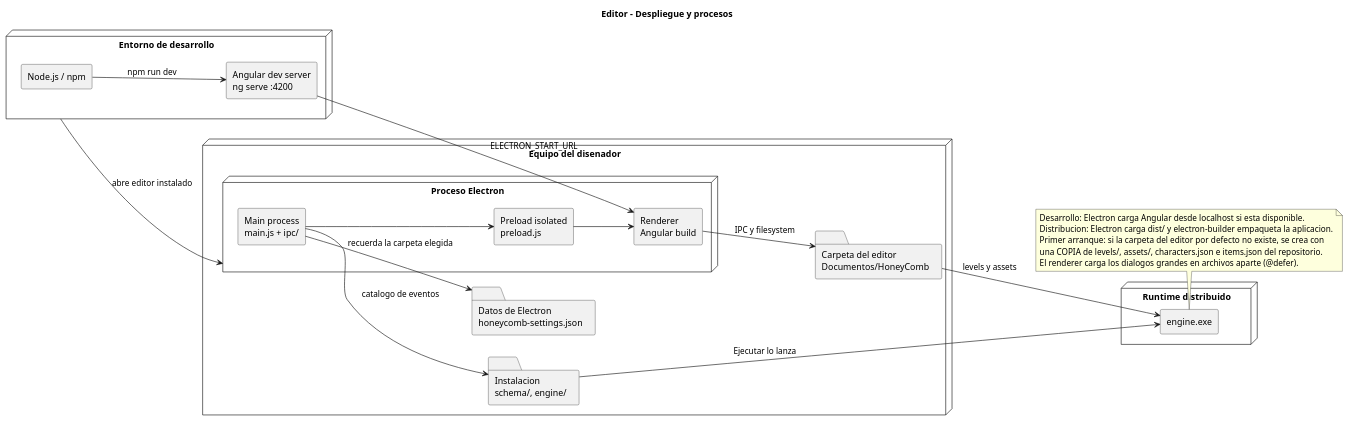
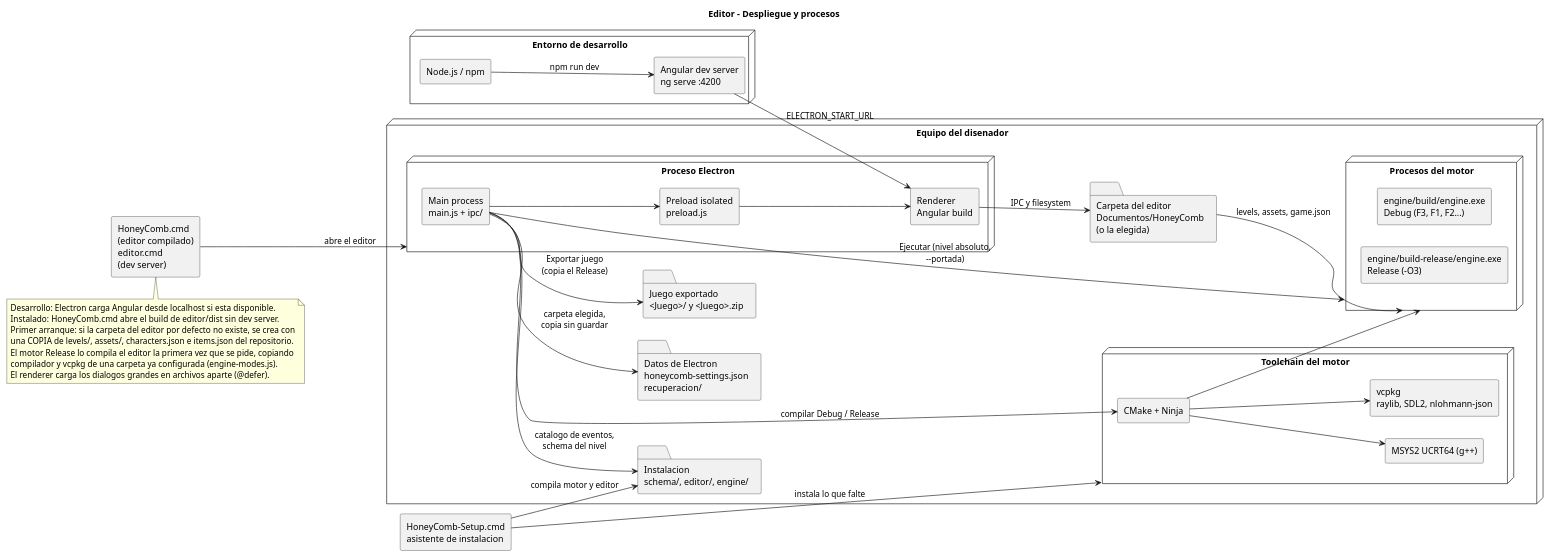
The diagram in docs/architecture/editor-deployment.puml (dannn-36/HoneyCombEngine-PlataformaNoCode-2.5D), drawn with PlantUML before and after one commit. The commit also changed 11 other files, not shown here.

First line of the commit message:
HoneyComb - Actualizar diagramas de arquitectura

```diff
--- a/docs/architecture/editor-deployment.puml
+++ b/docs/architecture/editor-deployment.puml
@@ -1,44 +1,62 @@
 @startuml editor-deployment
 title Editor - Despliegue y procesos
 left to right direction
 skinparam componentStyle rectangle
 
 node "Equipo del disenador" as workstation {
   node "Proceso Electron" as electron {
     component "Main process\nmain.js + ipc/" as main
     component "Preload isolated\npreload.js" as preload
     component "Renderer\nAngular build" as renderer
   }
-  folder "Carpeta del editor\nDocumentos/HoneyComb" as project
-  folder "Datos de Electron\nhoneycomb-settings.json" as settings
-  folder "Instalacion\nschema/, engine/" as install
+  folder "Carpeta del editor\nDocumentos/HoneyComb\n(o la elegida)" as project
+  folder "Datos de Electron\nhoneycomb-settings.json\nrecuperacion/" as settings
+  folder "Instalacion\nschema/, editor/, engine/" as install
+  node "Toolchain del motor" as toolchain {
+    component "CMake + Ninja" as cmake
+    component "MSYS2 UCRT64 (g++)" as gcc
+    component "vcpkg\nraylib, SDL2, nlohmann-json" as vcpkg
+  }
+  node "Procesos del motor" as engines {
+    component "engine/build/engine.exe\nDebug (F3, F1, F2...)" as debugExe
+    component "engine/build-release/engine.exe\nRelease (-O3)" as releaseExe
+  }
+  folder "Juego exportado\n<Juego>/ y <Juego>.zip" as exported
 }
 
 node "Entorno de desarrollo" as dev {
   component "Angular dev server\nng serve :4200" as ng
   component "Node.js / npm" as node
 }
 
-node "Runtime distribuido" as runtime {
-  component "engine.exe" as exe
-}
+component "HoneyComb-Setup.cmd\nasistente de instalacion" as setup
+component "HoneyComb.cmd\n(editor compilado)\neditor.cmd\n(dev server)" as launchers
 
-dev --> electron : abre editor instalado
+setup --> toolchain : instala lo que falte
+setup --> install : compila motor y editor
+launchers --> electron : abre el editor
+node --> ng : npm run dev
 ng --> renderer : ELECTRON_START_URL
-node --> ng : npm run dev
 main --> preload
 preload --> renderer
 renderer --> project : IPC y filesystem
-main --> settings : recuerda la carpeta elegida
-main --> install : catalogo de eventos
-project --> exe : levels y assets
-install --> exe : Ejecutar lo lanza
+main --> settings : carpeta elegida,\ncopia sin guardar
+main --> install : catalogo de eventos,\nschema del nivel
+main --> cmake : compilar Debug / Release
+cmake --> gcc
+cmake --> vcpkg
+cmake --> engines
+main --> engines : Ejecutar (nivel absoluto,\n--portada)
+project --> engines : levels, assets, game.json
+main --> exported : Exportar juego\n(copia el Release)
 
 note bottom
 Desarrollo: Electron carga Angular desde localhost si esta disponible.
-Distribucion: Electron carga dist/ y electron-builder empaqueta la aplicacion.
+Instalado: HoneyComb.cmd abre el build de editor/dist sin dev server.
 Primer arranque: si la carpeta del editor por defecto no existe, se crea con
 una COPIA de levels/, assets/, characters.json e items.json del repositorio.
+El motor Release lo compila el editor la primera vez que se pide, copiando
+compilador y vcpkg de una carpeta ya configurada (engine-modes.js).
 El renderer carga los dialogos grandes en archivos aparte (@defer).
 end note
 @enduml
```
